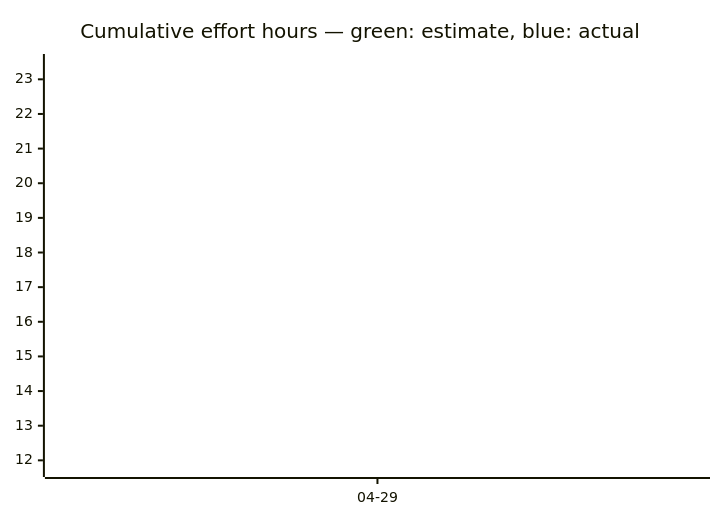
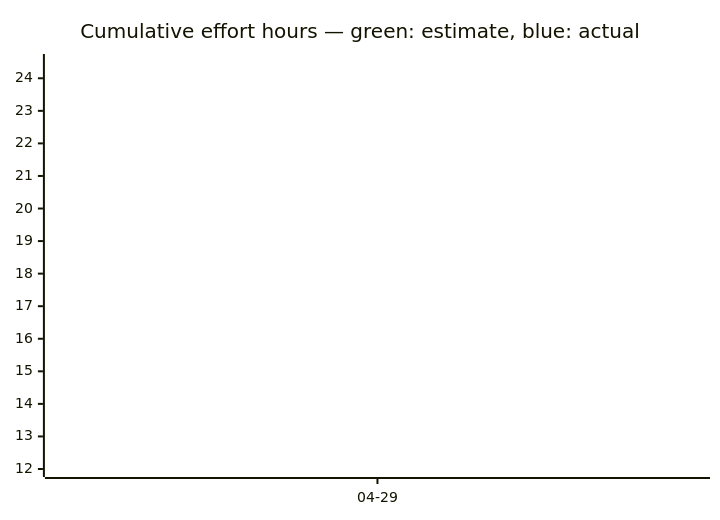
One commit to tgd1975/AwesomeStudioPedal changed the third of 3 diagrams in docs/developers/tasks/OVERVIEW.md. Above: the diagram before and after it, drawn with Mermaid. The commit also changed other lines of this file and 4 other files, not shown here.

````diff
--- a/docs/developers/tasks/OVERVIEW.md
+++ b/docs/developers/tasks/OVERVIEW.md
@@ -38,7 +38,7 @@
 ```mermaid
 xychart-beta
     title "Cumulative effort hours — green: estimate, blue: actual"
     x-axis ["04-29"]
-    line [23.5]
-    line [11.75]
+    line [24.5]
+    line [12]
 ```
````
